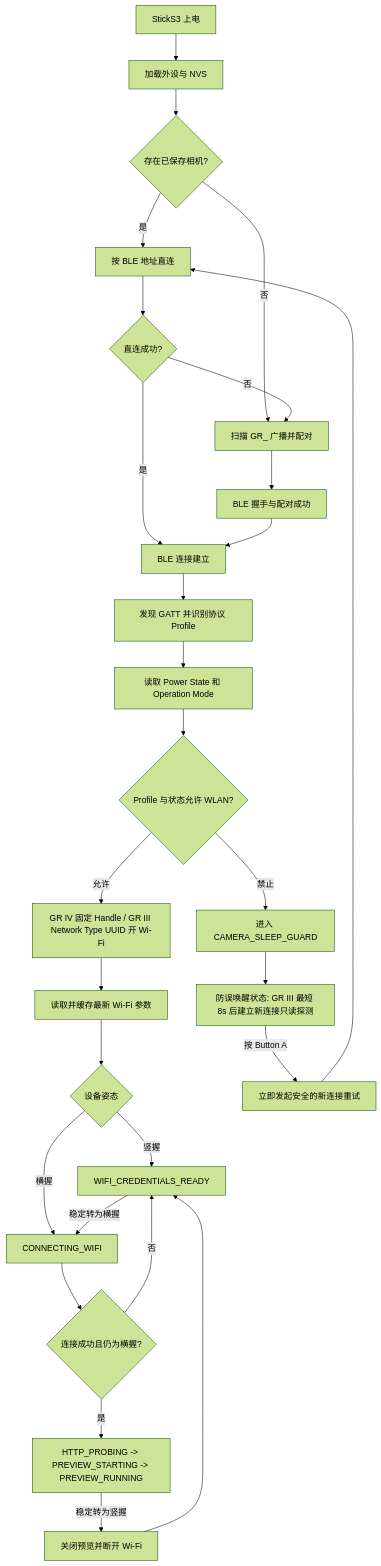
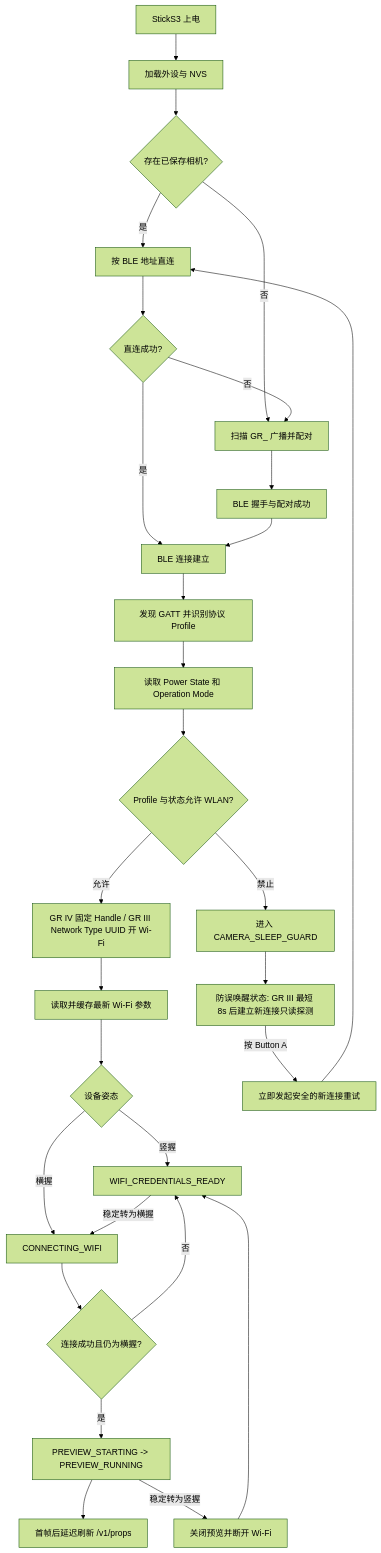
Before and after one commit to sky18Dragon/RICOH-GR-Live-View-Shooting: the diagram in README.md, drawn with Mermaid (forest theme). The commit also changed other lines of this file and 13 other files, not shown here.

````diff
--- a/README.md
+++ b/README.md
@@ -134,30 +134,31 @@
 ```mermaid
 flowchart TD
     A[StickS3 上电] --> B[加载外设与 NVS]
     B --> C{存在已保存相机?}
     C -->|是| D[按 BLE 地址直连]
     C -->|否| E[扫描 GR_ 广播并配对]
     D --> F{直连成功?}
     F -->|否| E
     E --> G[BLE 握手与配对成功]
     F -->|是| H[BLE 连接建立]
     G --> H
     H --> I[发现 GATT 并识别协议 Profile]
     I --> J[读取 Power State 和 Operation Mode]
     J --> K{Profile 与状态允许 WLAN?}
     K -->|允许| U[GR IV 固定 Handle / GR III Network Type UUID 开 Wi-Fi]
     K -->|禁止| L[进入 CAMERA_SLEEP_GUARD]
     U --> M[读取并缓存最新 Wi-Fi 参数]
     M --> N{设备姿态}
     N -->|竖握| O[WIFI_CREDENTIALS_READY]
     N -->|横握| P[CONNECTING_WIFI]
     O -->|稳定转为横握| P
     P --> Q{连接成功且仍为横握?}
     Q -->|否| O
-    Q -->|是| R[HTTP_PROBING -> PREVIEW_STARTING -> PREVIEW_RUNNING]
+    Q -->|是| R[PREVIEW_STARTING -> PREVIEW_RUNNING]
+    R --> W[首帧后延迟刷新 /v1/props]
     R -->|稳定转为竖握| V[关闭预览并断开 Wi-Fi]
     V --> O
     L --> S[防误唤醒状态: GR III 最短 8s 后建立新连接只读探测]
     S -->|按 Button A| T[立即发起安全的新连接重试]
     T --> D
 ```
````
